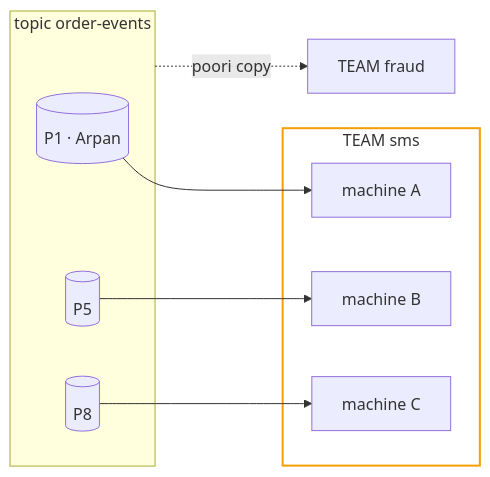
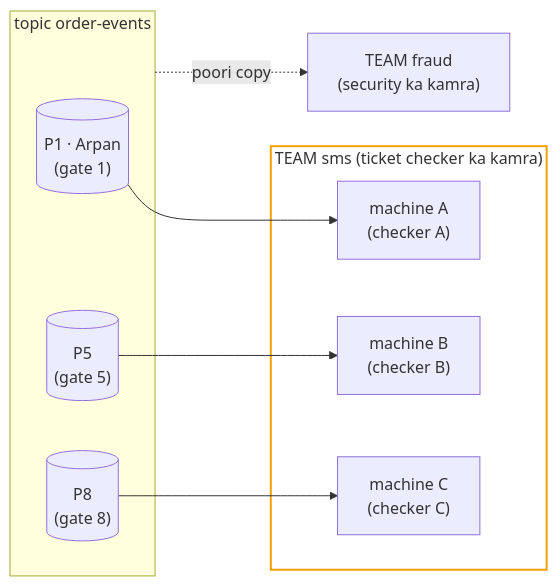
Before and after one commit to ArpanMaheshwari144/Prep: the fourth of 8 diagrams in 04_HLD/SYSTEM_DESIGNS/12_message_queue_kafka/12_message_queue_kafka.md, drawn with Mermaid. The commit also changed other lines of this file and 1 other file, not shown here.

Commit message:
HLD kafka main file: har kadam pe ek Stadium line + diagram me technical naam ke saath bracket me stadium naam; notes block 6 checker (bookmark consumer likhta)

````diff
--- a/04_HLD/SYSTEM_DESIGNS/12_message_queue_kafka/12_message_queue_kafka.md
+++ b/04_HLD/SYSTEM_DESIGNS/12_message_queue_kafka/12_message_queue_kafka.md
@@ -176,18 +184,18 @@
 ```mermaid
 flowchart LR
     subgraph T["topic order-events"]
-        P1[("P1 · Arpan")]
-        P5[("P5")]
-        P8[("P8")]
+        P1[("P1 · Arpan<br/>(gate 1)")]
+        P5[("P5<br/>(gate 5)")]
+        P8[("P8<br/>(gate 8)")]
     end
-    subgraph S["TEAM sms"]
-        A["machine A"]
-        B["machine B"]
-        C["machine C"]
+    subgraph S["TEAM sms (ticket checker ka kamra)"]
+        A["machine A<br/>(checker A)"]
+        B["machine B<br/>(checker B)"]
+        C["machine C<br/>(checker C)"]
     end
     P1 --> A
     P5 --> B
     P8 --> C
-    T -. "poori copy" .-> F["TEAM fraud"]
+    T -. "poori copy" .-> F["TEAM fraud<br/>(security ka kamra)"]
     style S fill:none,stroke:#f59f00,stroke-width:2px
 ```
````
